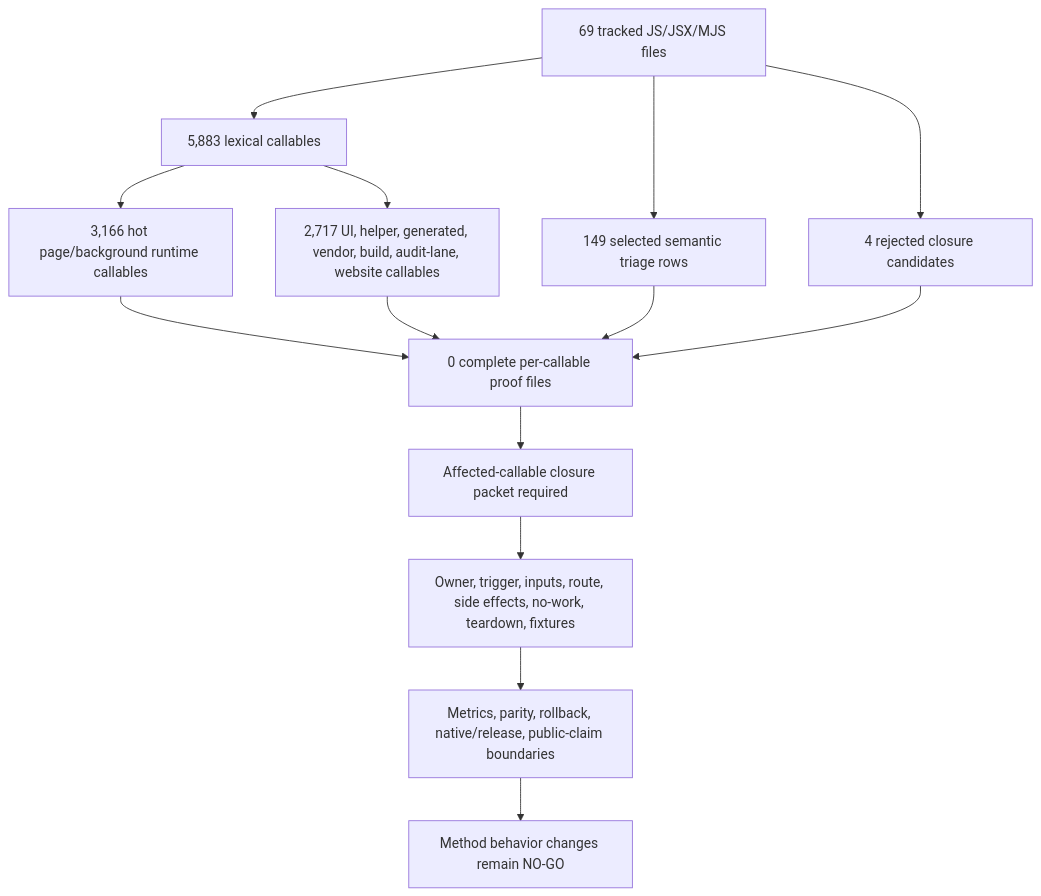
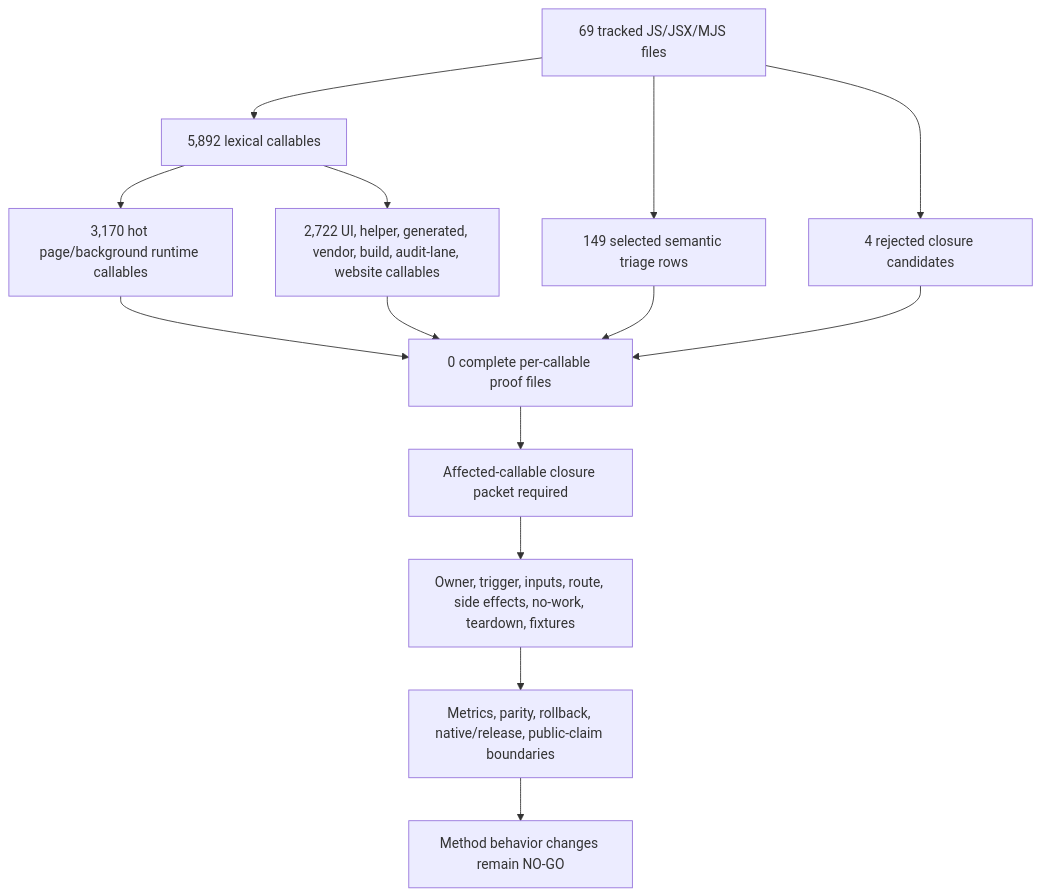
Before and after one commit to varshneydevansh/FilterTube: the first of 2 diagrams in docs/audit/FILTERTUBE_METHOD_SEMANTIC_PROOF_GAP_INDEX_CURRENT_BEHAVIOR_2026-05-25.md, drawn with Mermaid. The commit also changed other lines of this file and 185 other files, not shown here.

````diff
--- a/docs/audit/FILTERTUBE_METHOD_SEMANTIC_PROOF_GAP_INDEX_CURRENT_BEHAVIOR_2026-05-25.md
+++ b/docs/audit/FILTERTUBE_METHOD_SEMANTIC_PROOF_GAP_INDEX_CURRENT_BEHAVIOR_2026-05-25.md
@@ -144,16 +144,16 @@
 ```mermaid
 flowchart TD
-  A["69 tracked JS/JSX/MJS files"] --> B["5,883 lexical callables"]
-  B --> C["3,166 hot page/background runtime callables"]
-  B --> D["2,717 UI, helper, generated, vendor, build, audit-lane, website callables"]
+  A["69 tracked JS/JSX/MJS files"] --> B["5,892 lexical callables"]
+  B --> C["3,170 hot page/background runtime callables"]
+  B --> D["2,722 UI, helper, generated, vendor, build, audit-lane, website callables"]
   A --> E["149 selected semantic triage rows"]
   A --> F["4 rejected closure candidates"]
   C --> G["0 complete per-callable proof files"]
   D --> G
   E --> G
   F --> G
   G --> H["Affected-callable closure packet required"]
   H --> I["Owner, trigger, inputs, route, side effects, no-work, teardown, fixtures"]
   I --> J["Metrics, parity, rollback, native/release, public-claim boundaries"]
   J --> K["Method behavior changes remain NO-GO"]
 ```
````
